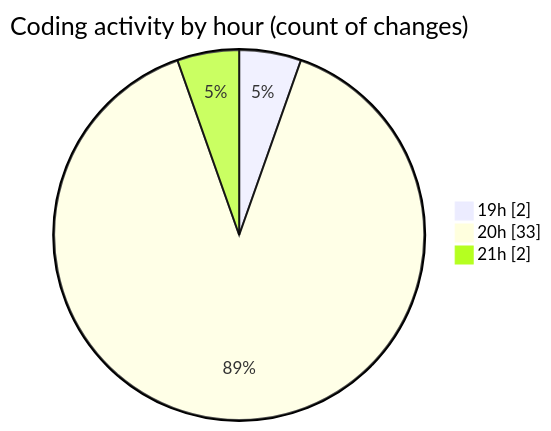
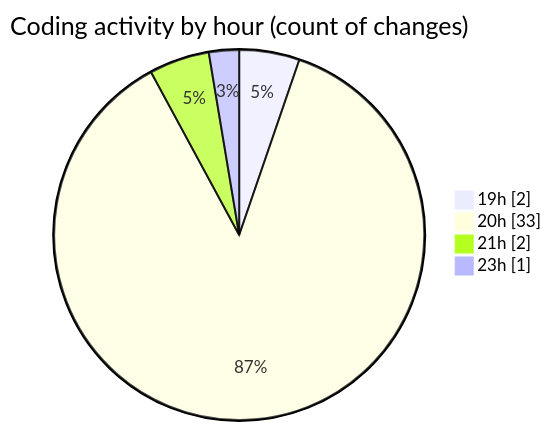
One commit to ernivani/code-tracking changed the second of 2 diagrams in 2024-12-29/my-code-activity-ext/README.md. Above: the diagram before and after it, drawn with Mermaid. The commit also changed other lines of this file and 2 other files, not shown here.

````diff
--- a/2024-12-29/my-code-activity-ext/README.md
+++ b/2024-12-29/my-code-activity-ext/README.md
@@ -45,7 +46,8 @@
 ```mermaid
 pie showData
 title Coding activity by hour (count of changes)
 "19h" : 2
 "20h" : 33
 "21h" : 2
+"23h" : 1
 ```
````
